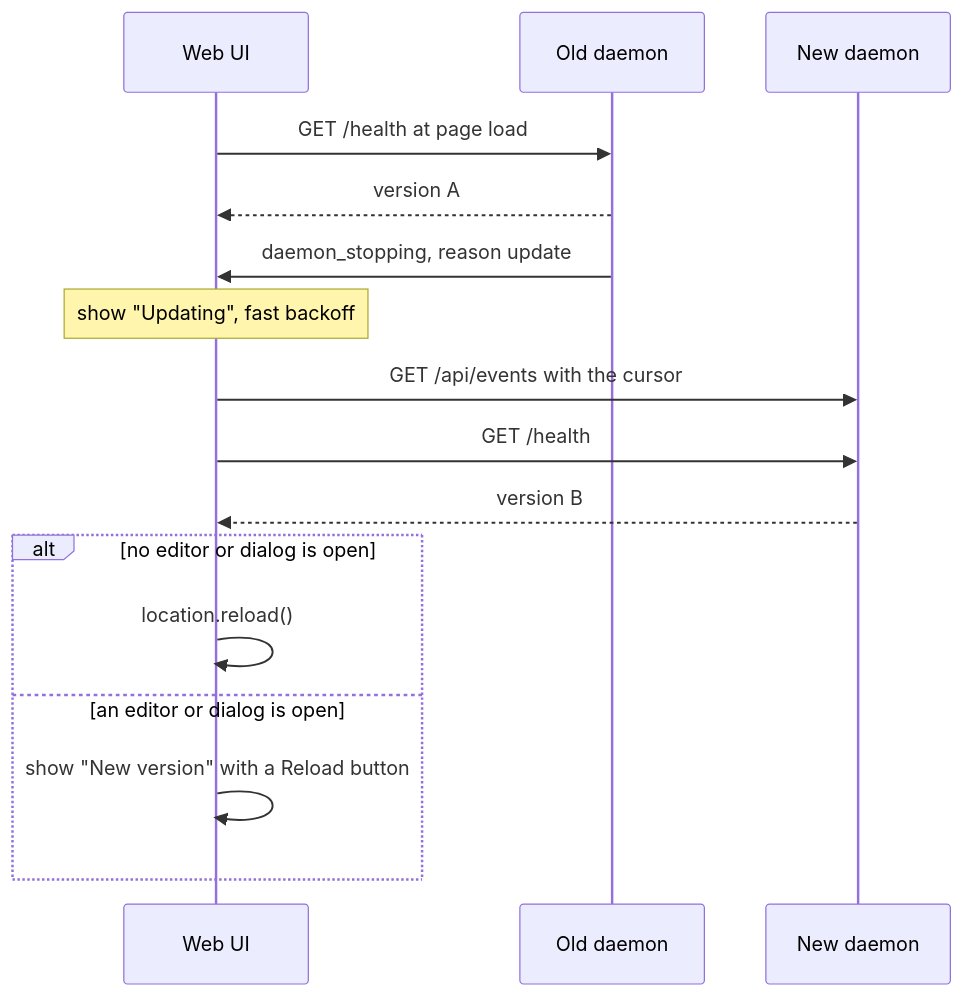
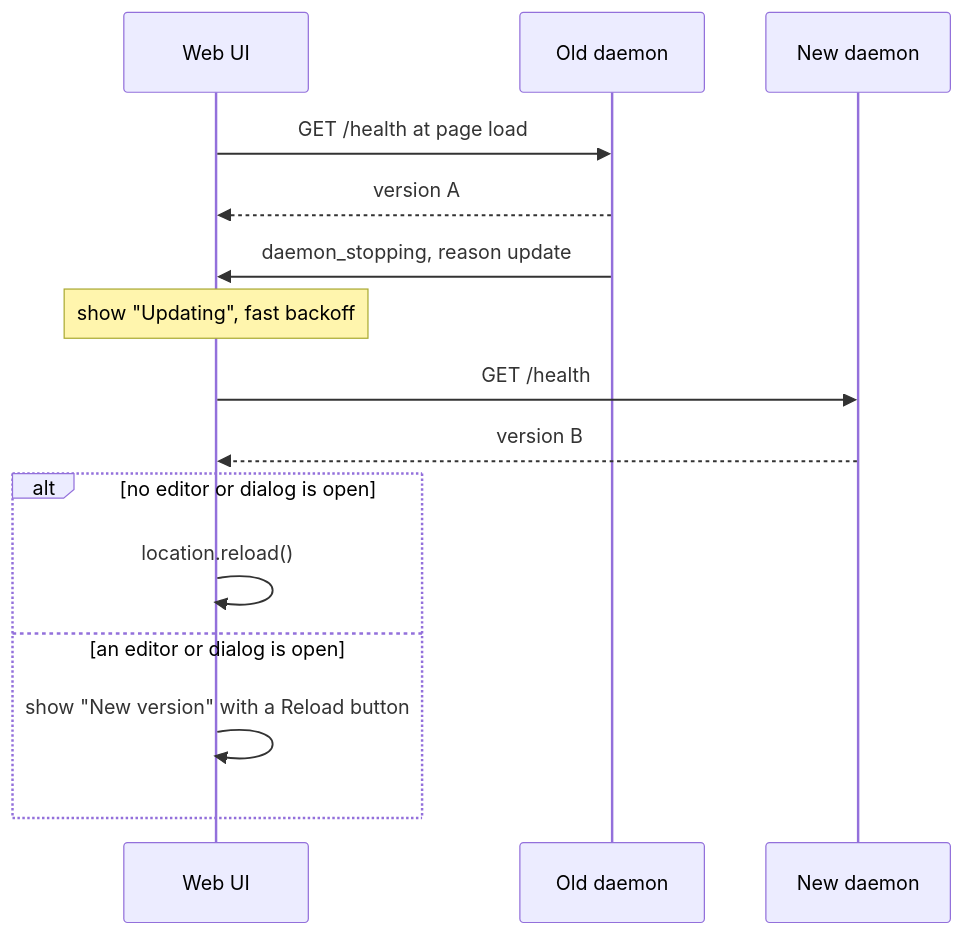
The second of 2 diagrams in tasks/00126-auto-update-the-cli-and-the-daem.md (sukovanej/openplan), drawn with Mermaid before and after one commit. The commit also changed other lines of this file, not shown here.

````diff
--- a/tasks/00126-auto-update-the-cli-and-the-daem.md
+++ b/tasks/00126-auto-update-the-cli-and-the-daem.md
@@ -40,18 +41,17 @@
 ```mermaid
 sequenceDiagram
   participant ui as Web UI
   participant old as Old daemon
   participant new as New daemon
   ui->>old: GET /health at page load
   old-->>ui: version A
   old->>ui: daemon_stopping, reason update
   Note over ui: show "Updating", fast backoff
-  ui->>new: GET /api/events with the cursor
   ui->>new: GET /health
   new-->>ui: version B
   alt no editor or dialog is open
     ui->>ui: location.reload()
   else an editor or dialog is open
     ui->>ui: show "New version" with a Reload button
   end
 ```
````
